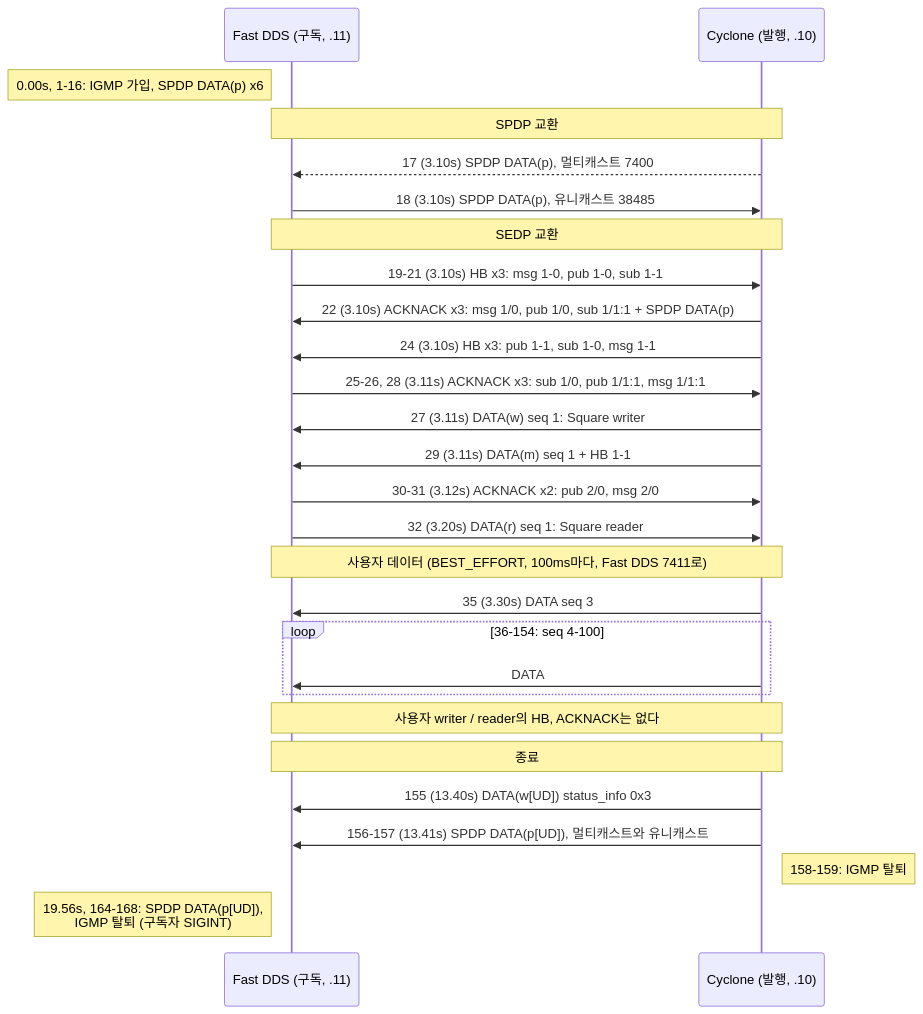
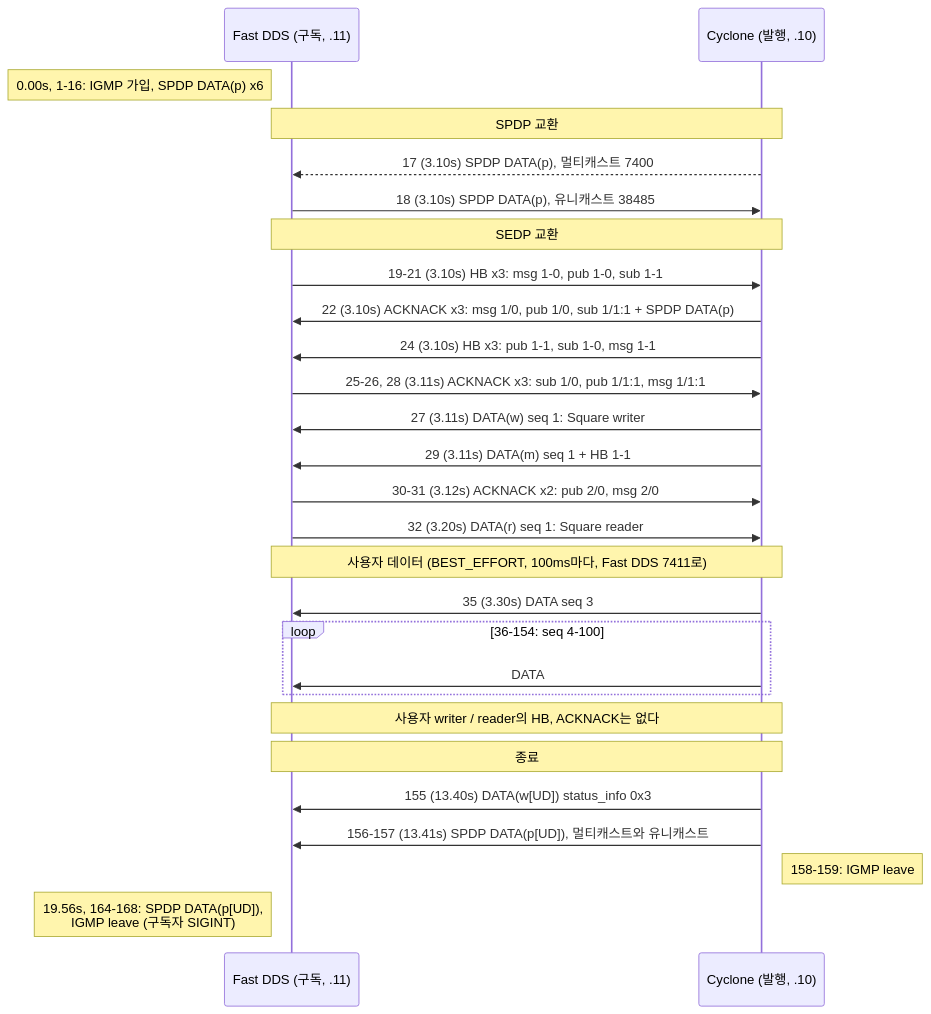
Before and after one commit to danielhongwoo/mdds: the third of 7 diagrams in captures/cyclone-fastdds/README.md, drawn with Mermaid. The commit also changed other lines of this file and 8 other files, not shown here.

````diff
--- a/captures/cyclone-fastdds/README.md
+++ b/captures/cyclone-fastdds/README.md
@@ -190,33 +190,33 @@
 ```mermaid
 sequenceDiagram
     participant F as Fast DDS (구독, .11)
     participant C as Cyclone (발행, .10)
 
     Note left of F: 0.00s, 1-16: IGMP 가입, SPDP DATA(p) x6
     Note over F,C: SPDP 교환
     C-->>F: 17 (3.10s) SPDP DATA(p), 멀티캐스트 7400
     F->>C: 18 (3.10s) SPDP DATA(p), 유니캐스트 38485
 
     Note over F,C: SEDP 교환
     F->>C: 19-21 (3.10s) HB x3: msg 1-0, pub 1-0, sub 1-1
     C->>F: 22 (3.10s) ACKNACK x3: msg 1/0, pub 1/0, sub 1/1:1 + SPDP DATA(p)
     C->>F: 24 (3.10s) HB x3: pub 1-1, sub 1-0, msg 1-1
     F->>C: 25-26, 28 (3.11s) ACKNACK x3: sub 1/0, pub 1/1:1, msg 1/1:1
     C->>F: 27 (3.11s) DATA(w) seq 1: Square writer
     C->>F: 29 (3.11s) DATA(m) seq 1 + HB 1-1
     F->>C: 30-31 (3.12s) ACKNACK x2: pub 2/0, msg 2/0
     F->>C: 32 (3.20s) DATA(r) seq 1: Square reader
 
     Note over F,C: 사용자 데이터 (BEST_EFFORT, 100ms마다, Fast DDS 7411로)
     C->>F: 35 (3.30s) DATA seq 3
     loop 36-154: seq 4-100
         C->>F: DATA
     end
     Note over F,C: 사용자 writer / reader의 HB, ACKNACK는 없다
 
     Note over F,C: 종료
     C->>F: 155 (13.40s) DATA(w[UD]) status_info 0x3
     C->>F: 156-157 (13.41s) SPDP DATA(p[UD]), 멀티캐스트와 유니캐스트
-    Note right of C: 158-159: IGMP 탈퇴
-    Note left of F: 19.56s, 164-168: SPDP DATA(p[UD]),<br/>IGMP 탈퇴 (구독자 SIGINT)
+    Note right of C: 158-159: IGMP leave
+    Note left of F: 19.56s, 164-168: SPDP DATA(p[UD]),<br/>IGMP leave (구독자 SIGINT)
 ```
````
